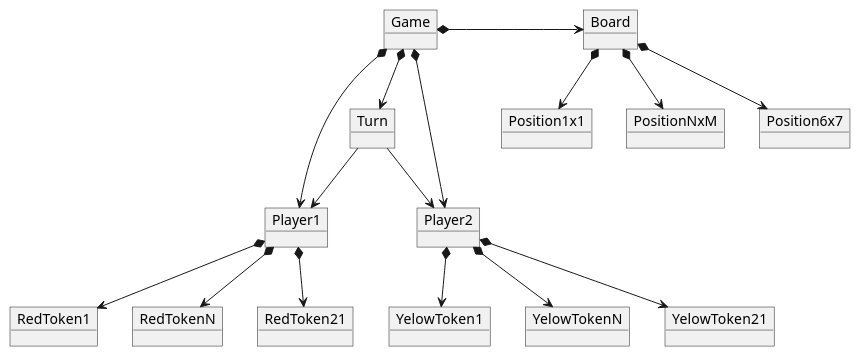
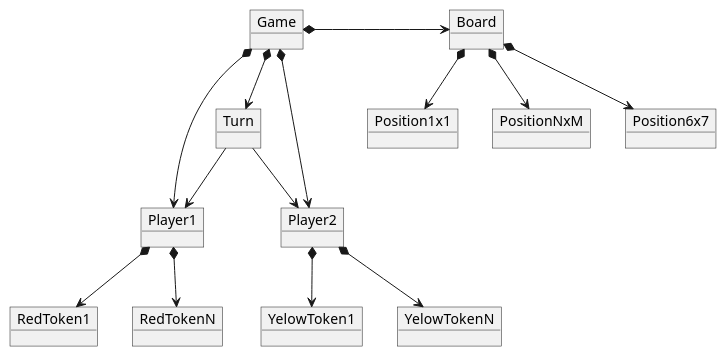
Before and after one commit to jartado/escuelait: the second of 4 diagrams in mds2022/1-fundamentos/modelo-connect4.adoc, drawn with PlantUML. The commit also changed other lines of this file, not shown here.

Commit message:
Composición de Player con Goal

```diff
--- a/mds2022/1-fundamentos/modelo-connect4.adoc
+++ b/mds2022/1-fundamentos/modelo-connect4.adoc
@@ -44,39 +48,35 @@
 [plantuml, DiagramaInitialState, svg]
 ....
 
 object Game
 object Player1
 object RedToken1
 object RedTokenN
-object RedToken21
 object Board
 object Turn
 object Player2
 object YelowToken1
 object YelowTokenN
-object YelowToken21
 object Position1x1
 object PositionNxM
 object Position6x7
 
 Game *-> Turn
 Game *-d--> Player1
 Game *-d--> Player2
 Game *-> Board
 
 Turn -d-> Player1
 Turn -d-> Player2
 
 Board *-d-> Position1x1
 Board *-d-> PositionNxM
 Board *-d-> Position6x7
 
 Player1 *--> RedToken1
 Player1 *--> RedTokenN
-Player1 *--> RedToken21
 
 Player2 *--> YelowToken1
 Player2 *--> YelowTokenN
-Player2 *--> YelowToken21
 
 ....
```
